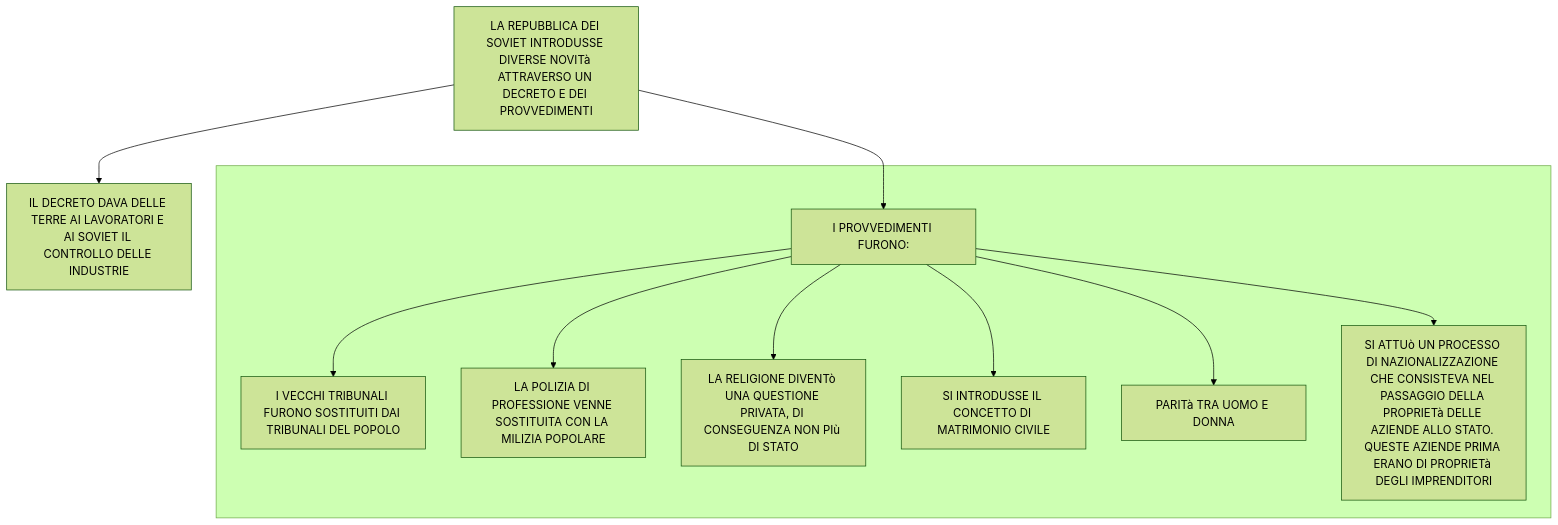
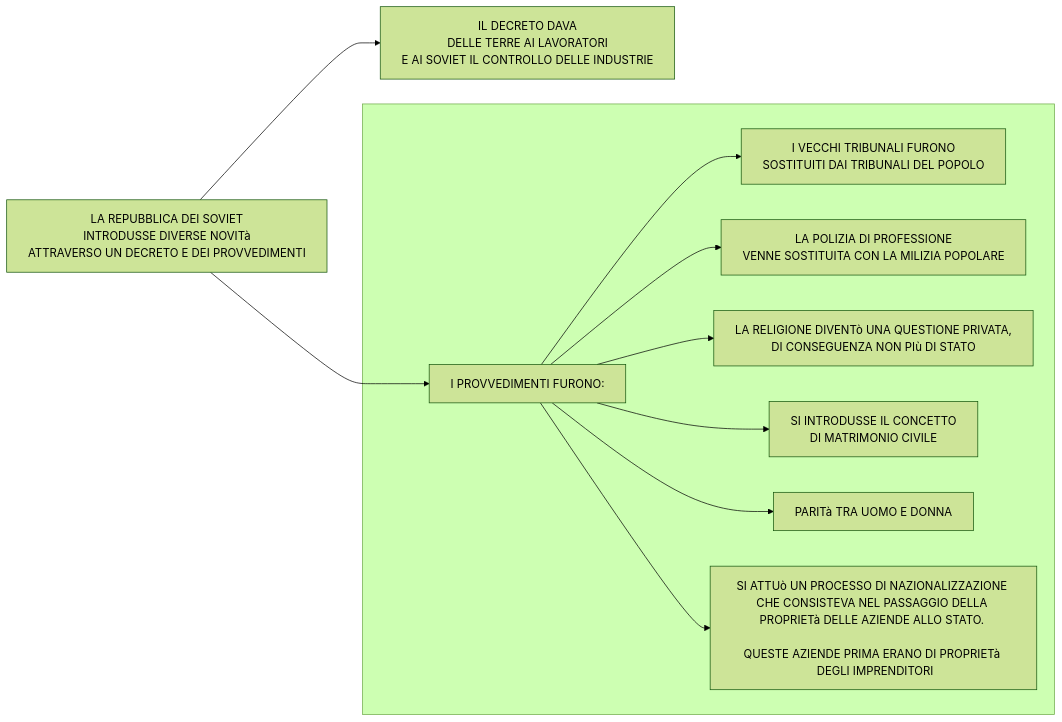
One commit to Laaouatni/ricerca-storia-MermaidJS changed the second of 2 diagrams in stalinismoRiscrittura.md. Above: the diagram before and after it, drawn with Mermaid (forest theme).

````diff
--- a/stalinismoRiscrittura.md
+++ b/stalinismoRiscrittura.md
@@ -25,18 +25,18 @@
 ```mermaid
-%% {init: { "flowchart": { "wrappingWidth": 500 } }}%%
-flowchart TB
-  0[LA REPUBBLICA DEI SOVIET INTRODUSSE DIVERSE NOVITà ATTRAVERSO UN DECRETO E DEI PROVVEDIMENTI]
-  1[IL DECRETO DAVA DELLE TERRE AI LAVORATORI E AI SOVIET IL CONTROLLO DELLE INDUSTRIE]
+%%{init: { "flowchart": { "wrappingWidth": 400 } }}%%
+flowchart LR
+  0[LA REPUBBLICA DEI SOVIET <br> INTRODUSSE DIVERSE NOVITà <br> ATTRAVERSO UN DECRETO E DEI PROVVEDIMENTI]
+  1[IL DECRETO DAVA <br>DELLE TERRE AI LAVORATORI <br> E AI SOVIET IL CONTROLLO DELLE INDUSTRIE]
   subgraph 20[" "]
     2[I PROVVEDIMENTI FURONO:]
-    30[I VECCHI TRIBUNALI FURONO SOSTITUITI DAI TRIBUNALI DEL POPOLO]
-    31[LA POLIZIA DI PROFESSIONE VENNE SOSTITUITA CON LA MILIZIA POPOLARE]
-    32[LA RELIGIONE DIVENTò UNA QUESTIONE PRIVATA, DI CONSEGUENZA NON PIù DI STATO]
-    33[SI INTRODUSSE IL CONCETTO DI MATRIMONIO CIVILE]
+    30[I VECCHI TRIBUNALI FURONO <br>SOSTITUITI DAI TRIBUNALI DEL POPOLO]
+    31[LA POLIZIA DI PROFESSIONE <br>VENNE SOSTITUITA CON LA MILIZIA POPOLARE]
+    32[LA RELIGIONE DIVENTò UNA QUESTIONE PRIVATA, <br>DI CONSEGUENZA NON PIù DI STATO]
+    33[SI INTRODUSSE IL CONCETTO <br>DI MATRIMONIO CIVILE]
     34[PARITà TRA UOMO E DONNA]
-    35[SI ATTUò UN PROCESSO DI NAZIONALIZZAZIONE CHE CONSISTEVA NEL PASSAGGIO DELLA PROPRIETà DELLE AZIENDE ALLO STATO. QUESTE AZIENDE PRIMA ERANO DI PROPRIETà DEGLI IMPRENDITORI]
+    35[SI ATTUò UN PROCESSO DI NAZIONALIZZAZIONE <br>CHE CONSISTEVA NEL PASSAGGIO DELLA PROPRIETà DELLE AZIENDE ALLO STATO. <br><br>QUESTE AZIENDE PRIMA ERANO DI PROPRIETà <br> DEGLI IMPRENDITORI]
     2 --> 30 & 31 & 32 & 33 & 34 & 35
   end
   0 --> 1 & 2
 
 ```
````
